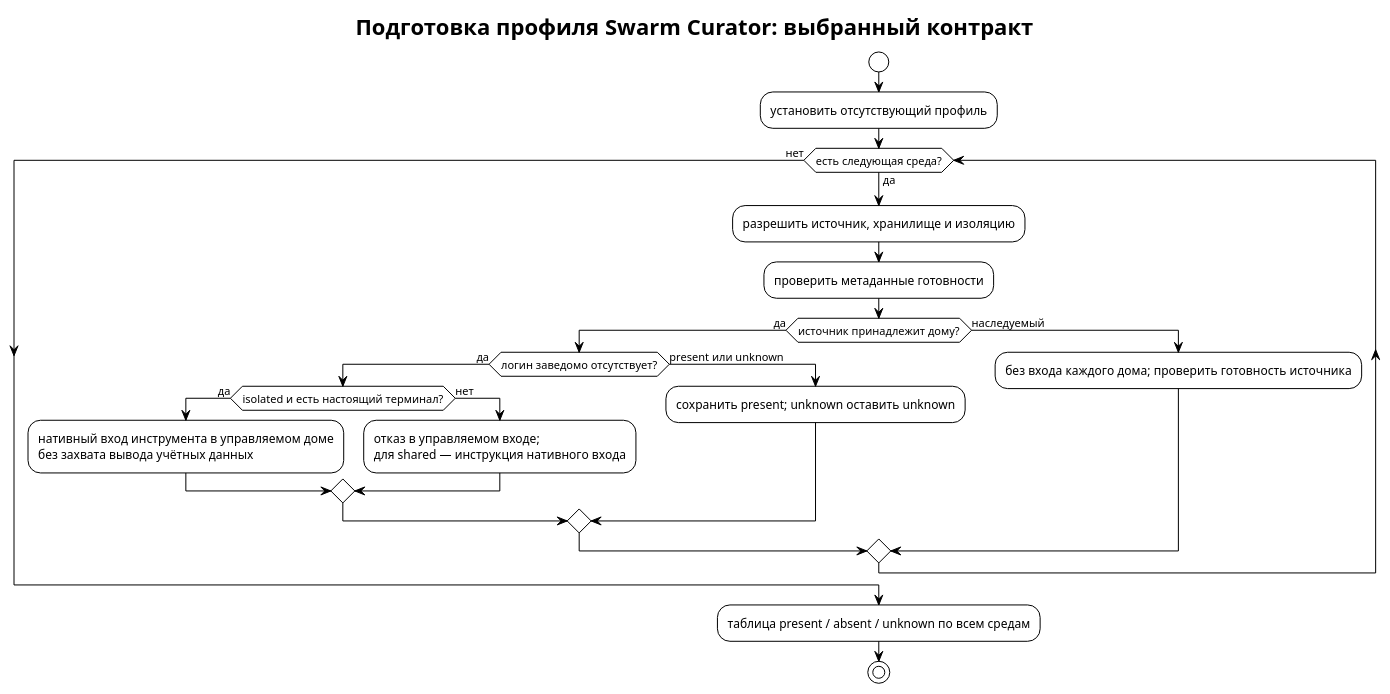
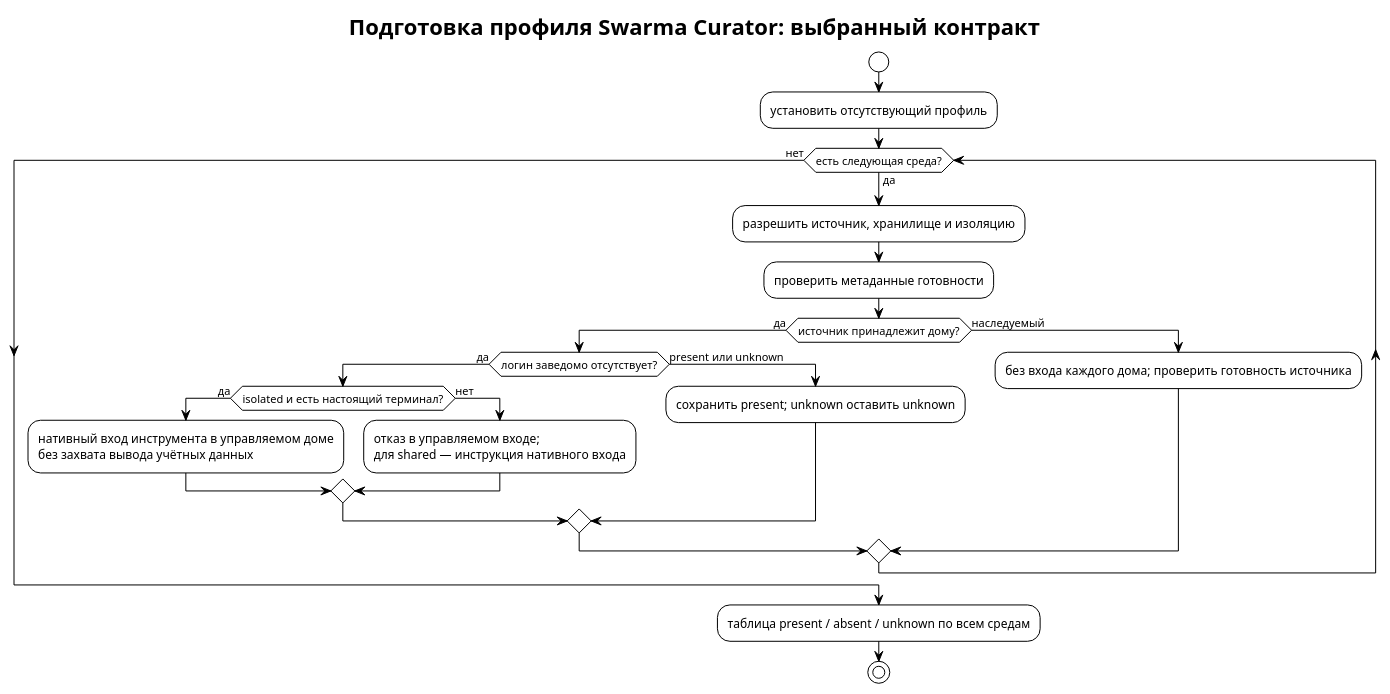
One commit to relux-works/swarma-docs changed the diagram in book/src/profile-prepare.puml. Above: the diagram before and after it, drawn with PlantUML. The commit also changed 61 other files, not shown here.

```diff
--- a/book/src/profile-prepare.puml
+++ b/book/src/profile-prepare.puml
@@ -1,27 +1,27 @@
 @startuml profile-prepare
 !theme plain
 skinparam defaultFontName "PT Sans"
 skinparam shadowing false
-title Подготовка профиля Swarm Curator: выбранный контракт
+title Подготовка профиля Swarma Curator: выбранный контракт
 start
 :установить отсутствующий профиль;
 while (есть следующая среда?) is (да)
   :разрешить источник, хранилище и изоляцию;
   :проверить метаданные готовности;
   if (источник принадлежит дому?) then (да)
     if (логин заведомо отсутствует?) then (да)
       if (isolated и есть настоящий терминал?) then (да)
         :нативный вход инструмента в управляемом доме\nбез захвата вывода учётных данных;
       else (нет)
         :отказ в управляемом входе;\nдля shared — инструкция нативного входа;
       endif
     else (present или unknown)
       :сохранить present; unknown оставить unknown;
     endif
   else (наследуемый)
     :без входа каждого дома; проверить готовность источника;
   endif
 endwhile (нет)
 :таблица present / absent / unknown по всем средам;
 stop
 @enduml
```
